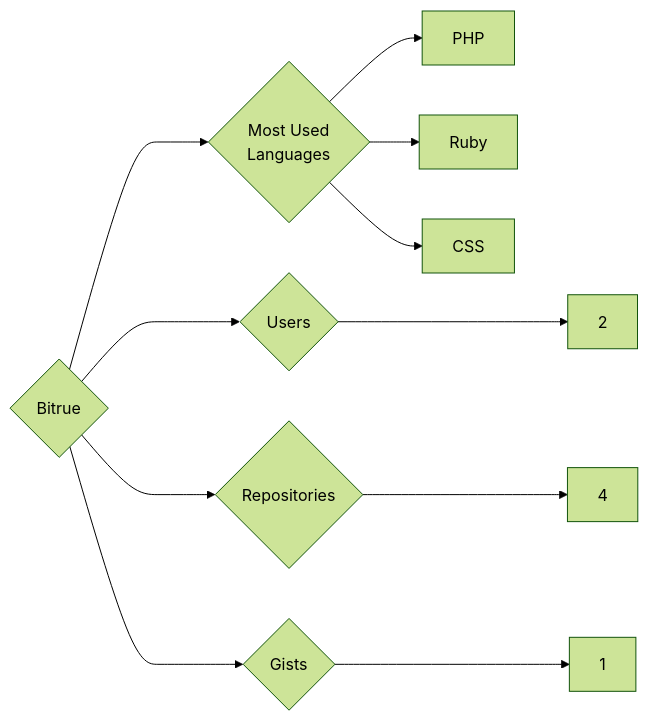
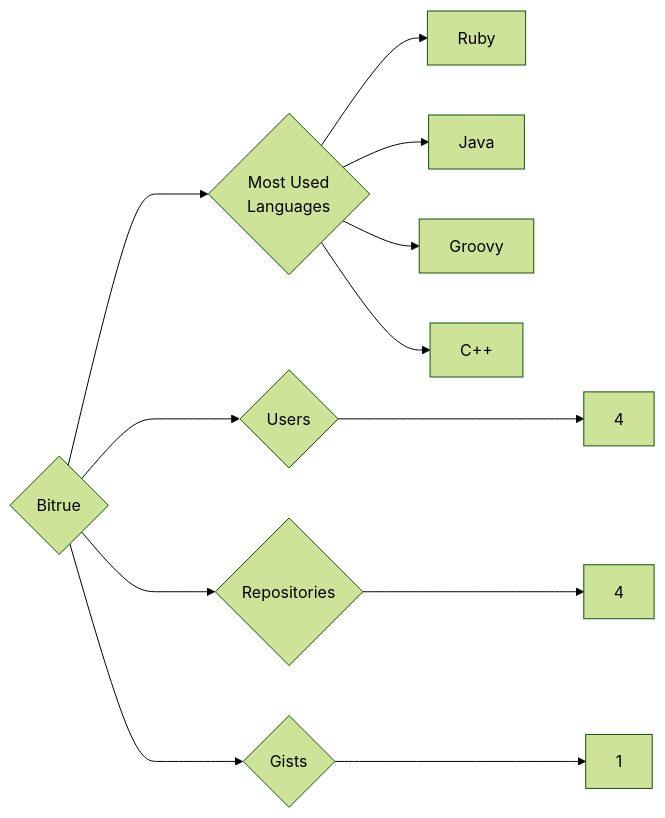
The diagram in targets/Bitrue/README.md (trickest/insiders), drawn with Mermaid (forest theme) before and after one commit. The commit also changed 682 other files, not shown here.

````diff
--- a/targets/Bitrue/README.md
+++ b/targets/Bitrue/README.md
@@ -3,11 +3,12 @@
 ```mermaid
 graph LR
 COMPANY_NAME{Bitrue}
-COMPANY_NAME ---> U{Users} ---> UN[2]
+COMPANY_NAME ---> U{Users} ---> UN[4]
 COMPANY_NAME ---> R{Repositories} ---> RN[4]
 COMPANY_NAME ---> G{Gists} ---> GN[1]
 COMPANY_NAME ---> ML{Most Used<br>Languages}
-ML --> PHP[PHP]
 ML --> Ruby[Ruby]
-ML --> CSS[CSS]
+ML --> Java[Java]
+ML --> Groovy[Groovy]
+ML --> C++[C++]
 ```
````
